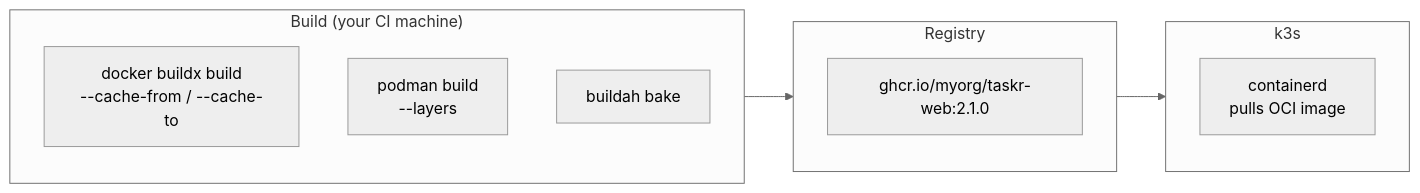
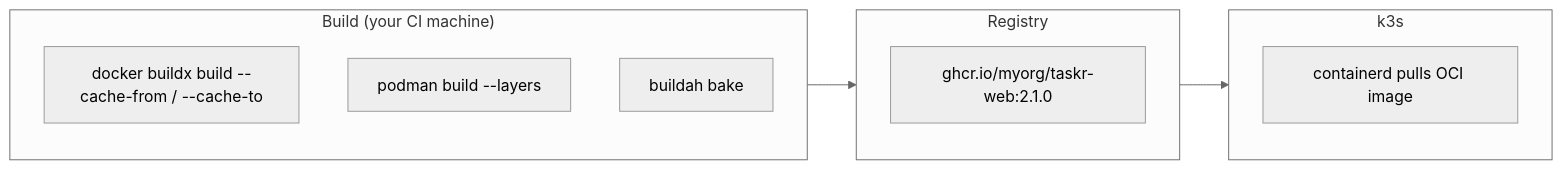
Before and after one commit to UncleJS/course_k3s: the sixth of 7 diagrams in 17_docker_to_k3s/01_mental_model_shift.md, drawn with Mermaid (neutral theme). The commit also changed other lines of this file and 57 other files, not shown here.

````diff
--- a/17_docker_to_k3s/01_mental_model_shift.md
+++ b/17_docker_to_k3s/01_mental_model_shift.md
@@ -346,15 +346,15 @@
 ```mermaid
 flowchart LR
     subgraph BuildTools["Build (your CI machine)"]
-        DK[docker buildx build\n--cache-from / --cache-to]
-        PO[podman build\n--layers]
+        DK[docker buildx build --cache-from / --cache-to]
+        PO[podman build --layers]
         BA[buildah bake]
     end
     subgraph Registry
         GH[ghcr.io/myorg/taskr-web:2.1.0]
     end
     subgraph k3s
-        CT[containerd\npulls OCI image]
+        CT[containerd pulls OCI image]
     end
     BuildTools --> Registry --> k3s
 ```
````
